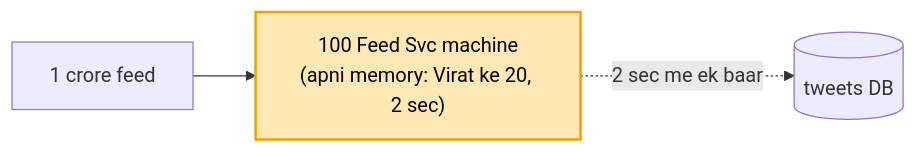
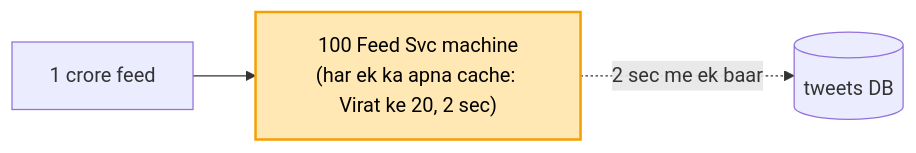
Before and after one commit to ArpanMaheshwari144/Prep: the fifth of 5 diagrams in 04_HLD/SYSTEM_DESIGNS/03_twitter_feed/twitter_naya.md, drawn with Mermaid. The commit also changed other lines of this file, not shown here.

Commit message:
twitter: kadam 5 chat jaisa (har server ka apna cache, 2 sec)

````diff
--- a/04_HLD/SYSTEM_DESIGNS/03_twitter_feed/twitter_naya.md
+++ b/04_HLD/SYSTEM_DESIGNS/03_twitter_feed/twitter_naya.md
@@ -183,6 +188,6 @@
 ```mermaid
 flowchart LR
-    U["1 crore feed"] --> F["100 Feed Svc machine<br/>(apni memory: Virat ke 20, 2 sec)"]
+    U["1 crore feed"] --> F["100 Feed Svc machine<br/>(har ek ka apna cache: Virat ke 20, 2 sec)"]
     F -. "2 sec me ek baar" .-> T[("tweets DB")]
     style F fill:#ffe8b3,stroke:#f59f00,stroke-width:2px,color:#000
 ```
````
